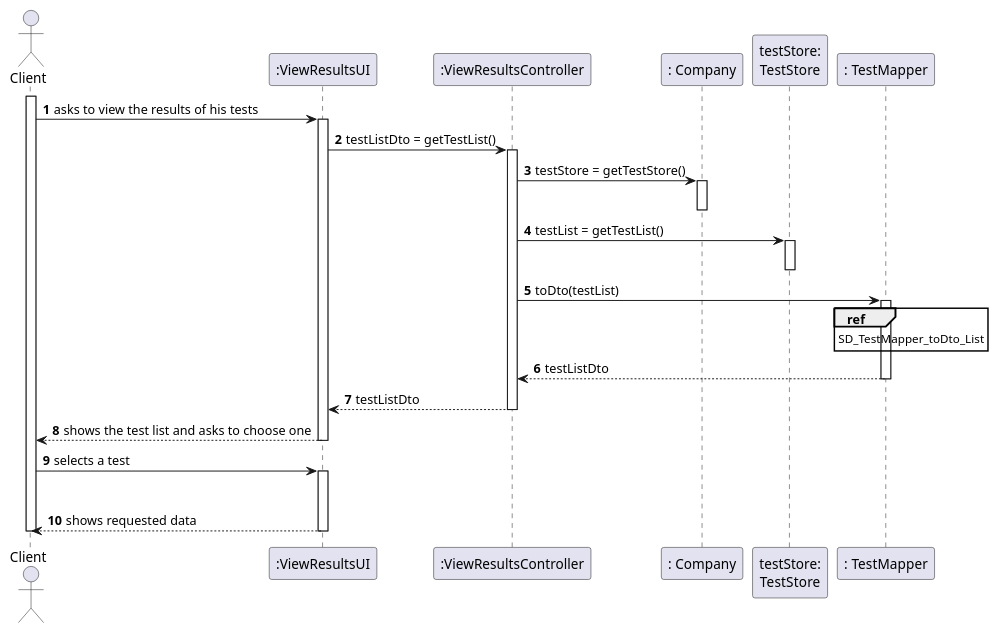
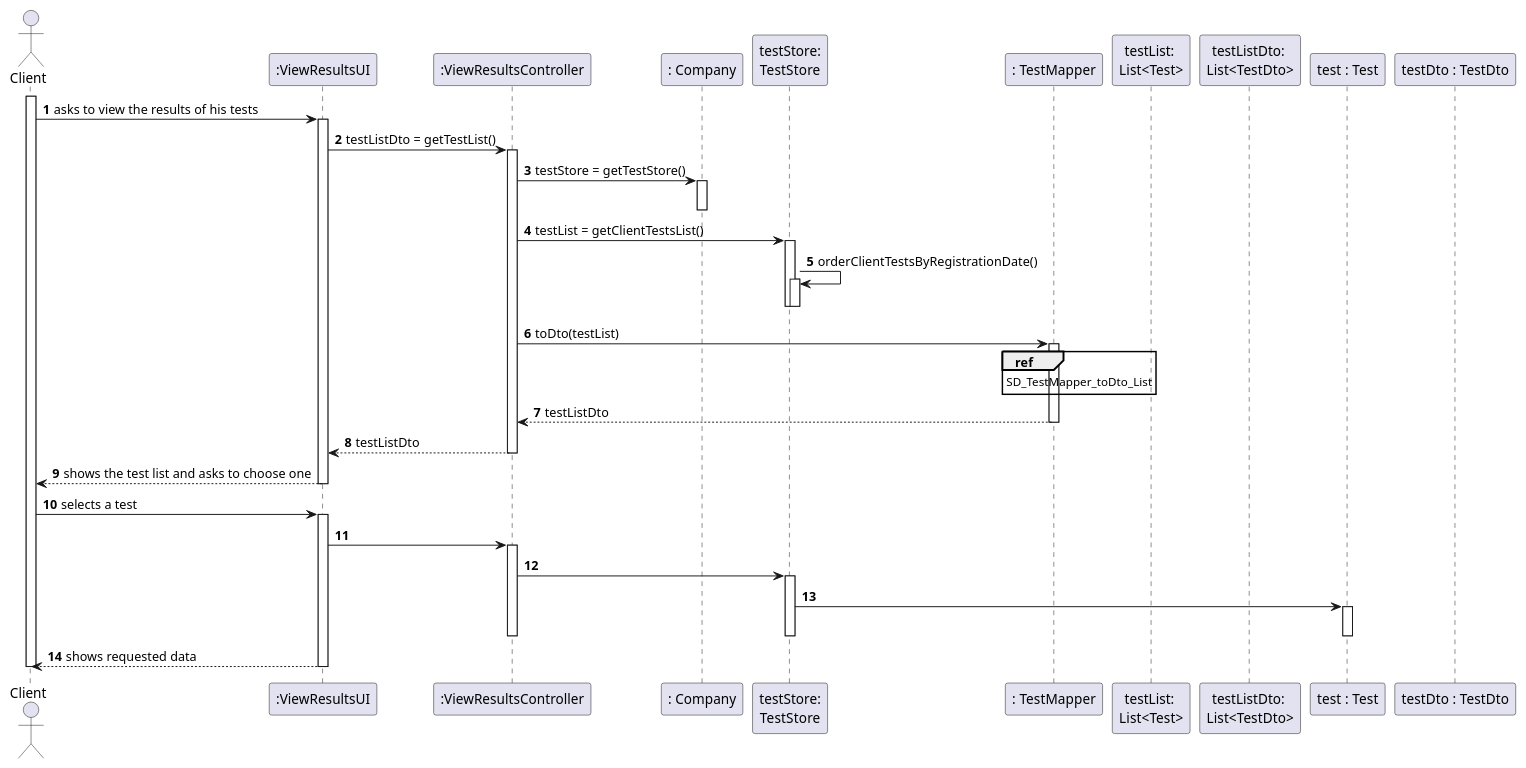
One commit to manu-07-ela/LAPR2_ISEP changed the diagram in docs/SprintD/US1/US1_SD.puml. Above: the diagram before and after it, drawn with PlantUML. The commit also changed 7 other files, not shown here.

```diff
--- a/docs/SprintD/US1/US1_SD.puml
+++ b/docs/SprintD/US1/US1_SD.puml
@@ -1,49 +1,63 @@
 @startuml
 autonumber
 'hide footbox
 actor "Client" as CL
 
 participant ":ViewResultsUI" as UI
 participant ":ViewResultsController" as CTRL
 participant ": Company" as Comp
 participant "testStore:\nTestStore" as TS
 participant ": TestMapper" as tMAPPER
-
+participant "testList: \nList<Test>" as LTestSA
+participant "testListDto: \nList<TestDto>" as LTestSADTO
+participant "test : Test" as TEST
+participant "testDto : TestDto" as TESTDTO
 
 activate CL
 CL -> UI : asks to view the results of his tests
 activate UI
 
 
 UI -> CTRL : testListDto = getTestList()
 activate CTRL
 CTRL -> Comp : testStore = getTestStore()
 activate Comp
 deactivate Comp
-CTRL -> TS : testList = getTestList()
+CTRL -> TS : testList = getClientTestsList()
 activate TS
+TS -> TS : orderClientTestsByRegistrationDate()
+activate TS
+deactivate TS
 deactivate TS
 CTRL -> tMAPPER : toDto(testList)
 activate tMAPPER
 ref over tMAPPER
 SD_TestMapper_toDto_List
 end ref
 tMAPPER --> CTRL : testListDto
 deactivate tMAPPER
 CTRL --> UI : testListDto
 deactivate CTRL
 
 UI --> CL : shows the test list and asks to choose one
 deactivate UI
 
 CL -> UI : selects a test
 activate UI
-
+UI -> CTRL
+activate CTRL
+CTRL -> TS
+activate TS
+TS -> TEST
+activate TEST
+deactivate TEST
+deactivate TS
+deactivate CTRL
 deactivate CTRL
 
 UI --> CL : shows requested data
 deactivate UI
 deactivate UI
 deactivate CL
 
 @enduml
```
